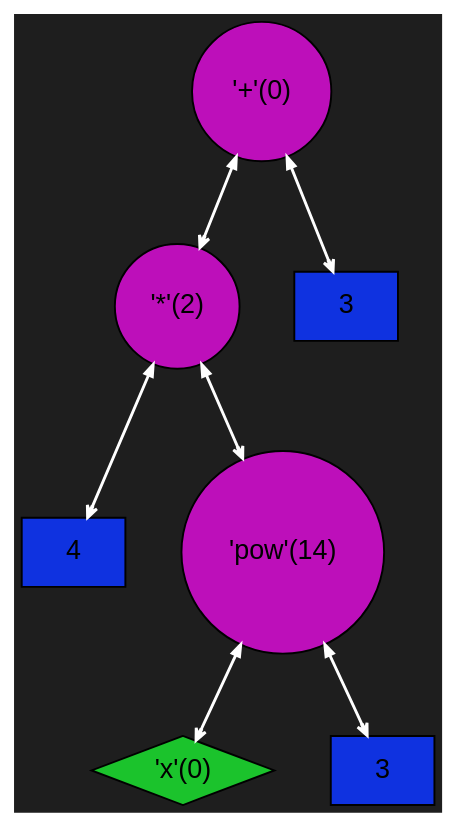
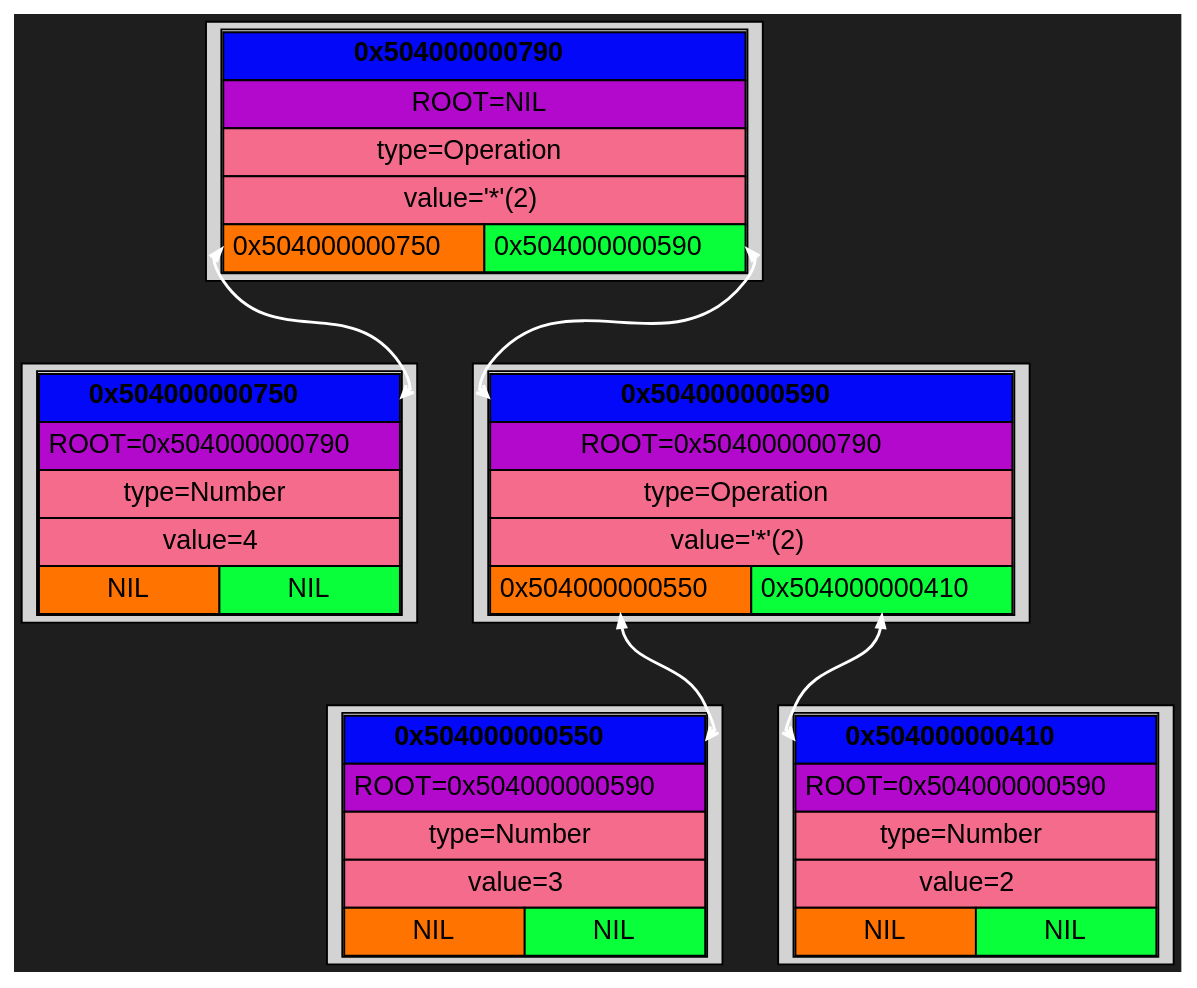
One commit to Kabuto-Mainer/Diff changed the diagram in Dump/graph.dot. Above: the diagram before and after it, drawn with Graphviz. The commit also changed 15 other files, not shown here.

```diff
--- a/Dump/graph.dot
+++ b/Dump/graph.dot
@@ -1,23 +1,74 @@
 digraph {
   rankdir=UD;
   bgcolor="#1e1e1e"
   nodesep=0.4;
   ranksep=0.6;
   node [shape=plaintext, style=filled, fontname="Helvetica"];
   edge [arrowhead=vee, arrowsize=0.6, penwidth=1.2];
 
-block_0x504000000690 [shape=box, style=filled, fillcolor="#0f32e0ff", label="4"];
-block_0x504000000610 [shape=diamond, style=filled, fillcolor="#1bc32cff", label="'x'(0)"];
-block_0x5040000005d0 [shape=box, style=filled, fillcolor="#0f32e0ff", label="3"];
-block_0x504000000650 [shape=circle, style=filled, fillcolor="#bd0fbaff", label="'pow'(14)"];
-block_0x5040000006d0 [shape=circle, style=filled, fillcolor="#bd0fbaff", label="'*'(2)"];
-block_0x5040000004d0 [shape=box, style=filled, fillcolor="#0f32e0ff", label="3"];
-block_0x504000000790 [shape=circle, style=filled, fillcolor="#bd0fbaff", label="'+'(0)"];
-block_0x504000000650 -> block_0x5040000005d0 [color="#fefefeff", penwidth = 1.5, arrowsize = 0.6, constraint = true, dir = both];
-block_0x504000000650 -> block_0x504000000610 [color="#ffffffff", penwidth = 1.5, arrowsize = 0.6, constraint = true, dir = both];
-block_0x5040000006d0 -> block_0x504000000650 [color="#fefefeff", penwidth = 1.5, arrowsize = 0.6, constraint = true, dir = both];
-block_0x5040000006d0 -> block_0x504000000690 [color="#ffffffff", penwidth = 1.5, arrowsize = 0.6, constraint = true, dir = both];
-block_0x504000000790 -> block_0x5040000004d0 [color="#fefefeff", penwidth = 1.5, arrowsize = 0.6, constraint = true, dir = both];
-block_0x504000000790 -> block_0x5040000006d0 [color="#ffffffff", penwidth = 1.5, arrowsize = 0.6, constraint = true, dir = both];
+block_0x504000000750 [shape=box, label=<
+<TABLE CELLSPACING="0" CELLPADDING="4">
+<TR><TD PORT="root" BGCOLOR="#0308f9ff" COLSPAN="2"><B>0x504000000750</B></TD></TR>
+<TR><TD BGCOLOR="#b209ccff" COLSPAN="2">ROOT=0x504000000790</TD></TR>
+<TR><TD BGCOLOR="#f46b8bff" COLSPAN="2">type=Number</TD></TR>
+<TR><TD BGCOLOR="#f46b8bff" COLSPAN="2">value=4</TD></TR>
+<TR>
+<TD PORT="left" BGCOLOR="#ff7301ff">NIL</TD>
+<TD PORT="right" BGCOLOR="#08ff3aff">NIL</TD>
+</TR>
+</TABLE> >];
+
+block_0x504000000550 [shape=box, label=<
+<TABLE CELLSPACING="0" CELLPADDING="4">
+<TR><TD PORT="root" BGCOLOR="#0308f9ff" COLSPAN="2"><B>0x504000000550</B></TD></TR>
+<TR><TD BGCOLOR="#b209ccff" COLSPAN="2">ROOT=0x504000000590</TD></TR>
+<TR><TD BGCOLOR="#f46b8bff" COLSPAN="2">type=Number</TD></TR>
+<TR><TD BGCOLOR="#f46b8bff" COLSPAN="2">value=3</TD></TR>
+<TR>
+<TD PORT="left" BGCOLOR="#ff7301ff">NIL</TD>
+<TD PORT="right" BGCOLOR="#08ff3aff">NIL</TD>
+</TR>
+</TABLE> >];
+
+block_0x504000000410 [shape=box, label=<
+<TABLE CELLSPACING="0" CELLPADDING="4">
+<TR><TD PORT="root" BGCOLOR="#0308f9ff" COLSPAN="2"><B>0x504000000410</B></TD></TR>
+<TR><TD BGCOLOR="#b209ccff" COLSPAN="2">ROOT=0x504000000590</TD></TR>
+<TR><TD BGCOLOR="#f46b8bff" COLSPAN="2">type=Number</TD></TR>
+<TR><TD BGCOLOR="#f46b8bff" COLSPAN="2">value=2</TD></TR>
+<TR>
+<TD PORT="left" BGCOLOR="#ff7301ff">NIL</TD>
+<TD PORT="right" BGCOLOR="#08ff3aff">NIL</TD>
+</TR>
+</TABLE> >];
+
+block_0x504000000590 [shape=box, label=<
+<TABLE CELLSPACING="0" CELLPADDING="4">
+<TR><TD PORT="root" BGCOLOR="#0308f9ff" COLSPAN="2"><B>0x504000000590</B></TD></TR>
+<TR><TD BGCOLOR="#b209ccff" COLSPAN="2">ROOT=0x504000000790</TD></TR>
+<TR><TD BGCOLOR="#f46b8bff" COLSPAN="2">type=Operation</TD></TR>
+<TR><TD BGCOLOR="#f46b8bff" COLSPAN="2">value='*'(2)</TD></TR>
+<TR>
+<TD PORT="left" BGCOLOR="#ff7301ff">0x504000000550</TD>
+<TD PORT="right" BGCOLOR="#08ff3aff">0x504000000410</TD>
+</TR>
+</TABLE> >];
+
+block_0x504000000790 [shape=box, label=<
+<TABLE CELLSPACING="0" CELLPADDING="4">
+<TR><TD PORT="root" BGCOLOR="#0308f9ff" COLSPAN="2"><B>0x504000000790</B></TD></TR>
+<TR><TD BGCOLOR="#b209ccff" COLSPAN="2">ROOT=NIL</TD></TR>
+<TR><TD BGCOLOR="#f46b8bff" COLSPAN="2">type=Operation</TD></TR>
+<TR><TD BGCOLOR="#f46b8bff" COLSPAN="2">value='*'(2)</TD></TR>
+<TR>
+<TD PORT="left" BGCOLOR="#ff7301ff">0x504000000750</TD>
+<TD PORT="right" BGCOLOR="#08ff3aff">0x504000000590</TD>
+</TR>
+</TABLE> >];
+
+block_0x504000000590:right -> block_0x504000000410:root [color="#fefefeff", penwidth = 1.5, arrowsize = 0.6, constraint = true, dir = both];
+block_0x504000000590:left -> block_0x504000000550:root [color="#ffffffff", penwidth = 1.5, arrowsize = 0.6, constraint = true, dir = both];
+block_0x504000000790:right -> block_0x504000000590:root [color="#fefefeff", penwidth = 1.5, arrowsize = 0.6, constraint = true, dir = both];
+block_0x504000000790:left -> block_0x504000000750:root [color="#ffffffff", penwidth = 1.5, arrowsize = 0.6, constraint = true, dir = both];
 
 }
```
